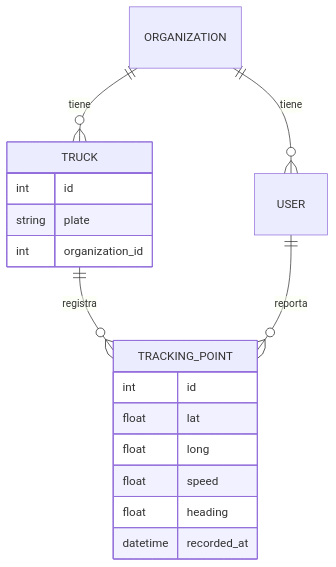
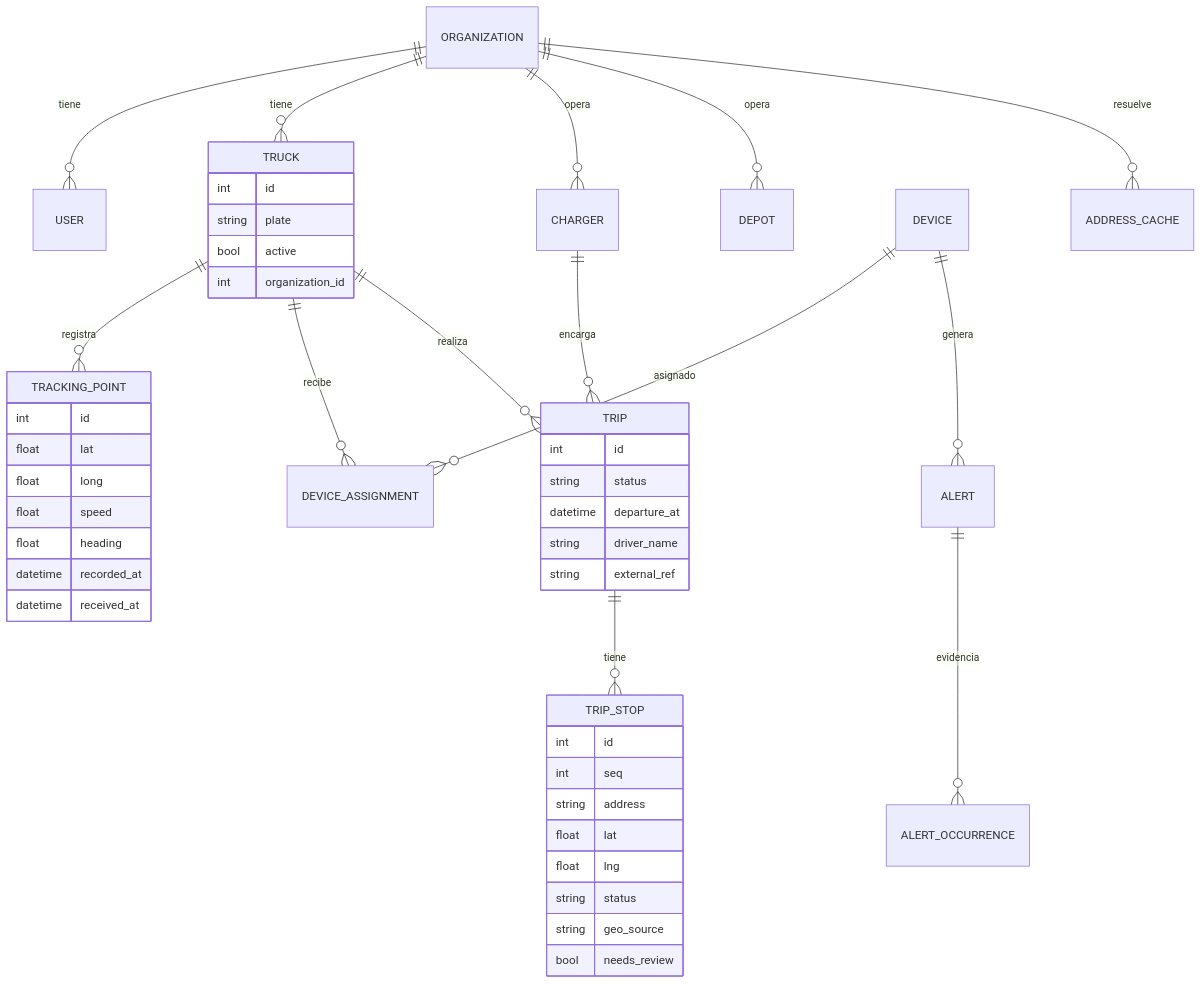
One commit to octa-afk/IterTrack changed the fourth of 4 diagrams in docs/ARCHITECTURE.md. Above: the diagram before and after it, drawn with Mermaid. The commit also changed other lines of this file and 4 other files, not shown here.

````diff
--- a/docs/ARCHITECTURE.md
+++ b/docs/ARCHITECTURE.md
@@ -108,21 +143,49 @@
 ```mermaid
 erDiagram
     ORGANIZATION ||--o{ USER : "tiene"
     ORGANIZATION ||--o{ TRUCK : "tiene"
+    ORGANIZATION ||--o{ CHARGER : "opera"
+    ORGANIZATION ||--o{ DEPOT : "opera"
     TRUCK ||--o{ TRACKING_POINT : "registra"
-    USER ||--o{ TRACKING_POINT : "reporta"
+    TRUCK ||--o{ DEVICE_ASSIGNMENT : "recibe"
+    DEVICE ||--o{ DEVICE_ASSIGNMENT : "asignado"
+    DEVICE ||--o{ ALERT : "genera"
+    ALERT ||--o{ ALERT_OCCURRENCE : "evidencia"
+    CHARGER ||--o{ TRIP : "encarga"
+    TRUCK ||--o{ TRIP : "realiza"
+    TRIP ||--o{ TRIP_STOP : "tiene"
+    ORGANIZATION ||--o{ ADDRESS_CACHE : "resuelve"
 
     TRUCK {
         int id
         string plate
+        bool active
         int organization_id
     }
     TRACKING_POINT {
         int id
         float lat
         float long
         float speed
         float heading
         datetime recorded_at
+        datetime received_at
+    }
+    TRIP {
+        int id
+        string status
+        datetime departure_at
+        string driver_name
+        string external_ref
+    }
+    TRIP_STOP {
+        int id
+        int seq
+        string address
+        float lat
+        float lng
+        string status
+        string geo_source
+        bool needs_review
     }
 ```
````
